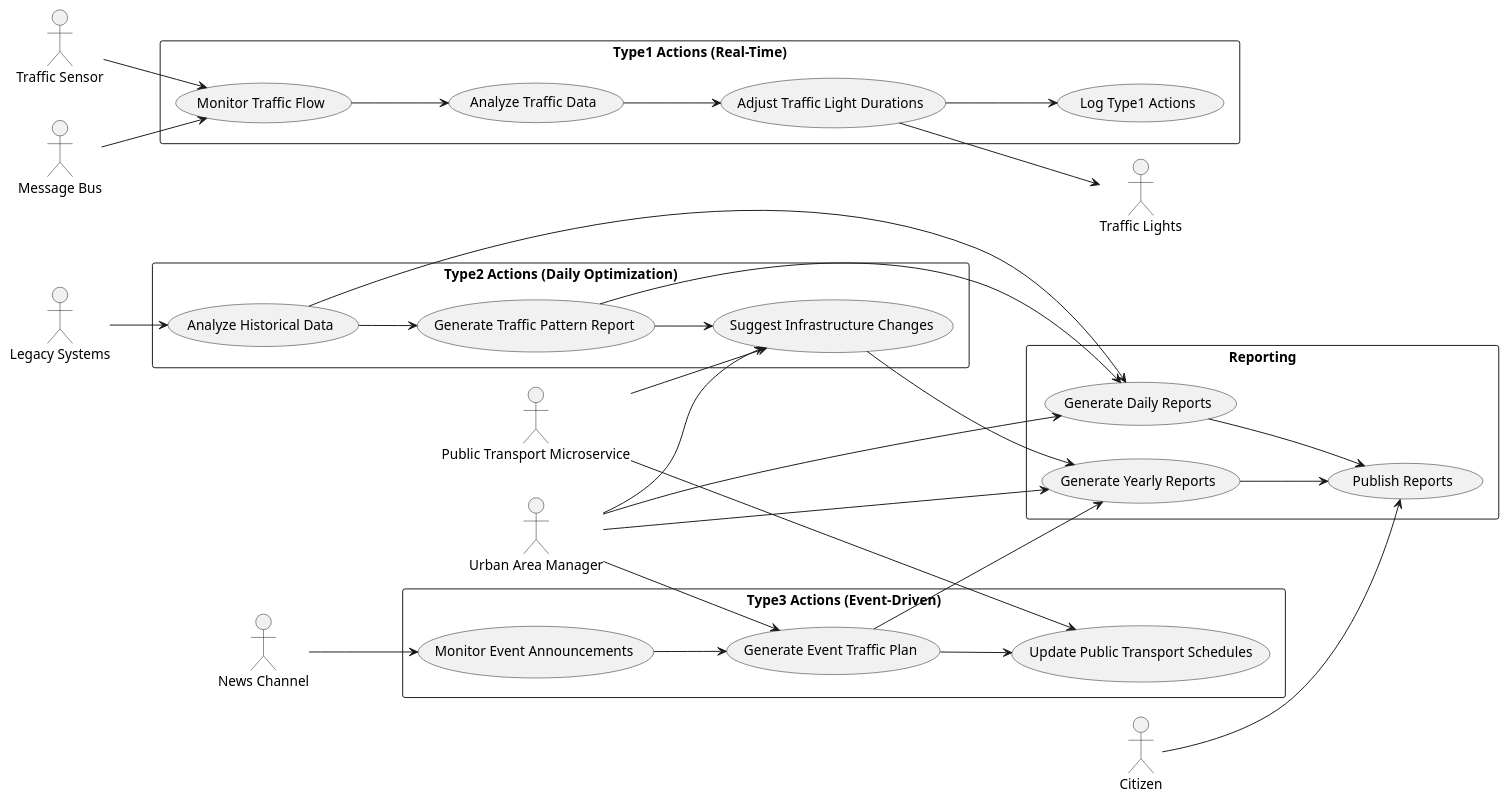
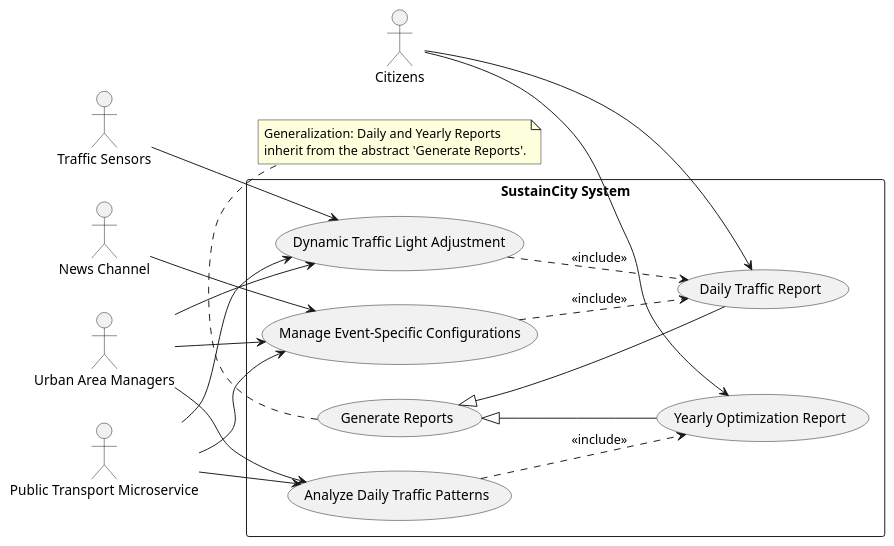
The diagram in test.wsd (Peng-Rao/SE4HPC_notes), drawn with PlantUML before and after one commit. The commit also changed 1 other file, not shown here.

Commit message:
Update software architecture

```diff
--- a/test.wsd
+++ b/test.wsd
@@ -1,70 +1,42 @@
 @startuml
 left to right direction
 
-' === Actors ===
-actor "Urban Area Manager" as UAM
-actor "Citizen" as Citizen
-actor "Traffic Sensor" as TS
-actor "Message Bus" as MB
+actor "Traffic Sensors" as TS
+actor "News Channel" as NC
+actor "Urban Area Managers" as UAM
 actor "Public Transport Microservice" as PTM
-actor "News Channel" as NC
-actor "Traffic Lights" as TL
-actor "Legacy Systems" as LS
+actor "Citizens" as C
 
-' === Use Cases by Action Type ===
-rectangle "Type1 Actions (Real-Time)" {
-  (Monitor Traffic Flow) as UC1
-  (Analyze Traffic Data) as UC2
-  (Adjust Traffic Light Durations) as UC3
-  (Log Type1 Actions) as UC4
+rectangle "SustainCity System" {
+  usecase "Dynamic Traffic Light Adjustment" as UC1
+  usecase "Analyze Daily Traffic Patterns" as UC2
+  usecase "Manage Event-Specific Configurations" as UC3
+
+  usecase "Generate Reports" as REPORT
+  usecase "Daily Traffic Report" as DAILY
+  usecase "Yearly Optimization Report" as YEARLY
+
+  TS --> UC1
+  NC --> UC3
+  UAM --> (UC1)
+  UAM --> (UC2)
+  UAM --> (UC3)
+  PTM --> UC1
+  PTM --> UC2
+  PTM --> UC3
+  C --> DAILY
+  C --> YEARLY
+
+  UC1 ..> DAILY : <<include>>
+  UC2 ..> YEARLY : <<include>>
+  UC3 ..> DAILY : <<include>>
+
+  REPORT <|-- DAILY
+  REPORT <|-- YEARLY
 }
 
-rectangle "Type2 Actions (Daily Optimization)" {
-  (Generate Traffic Pattern Report) as UC5
-  (Analyze Historical Data) as UC6
-  (Suggest Infrastructure Changes) as UC7
-}
-
-rectangle "Type3 Actions (Event-Driven)" {
-  (Monitor Event Announcements) as UC8
-  (Generate Event Traffic Plan) as UC9
-  (Update Public Transport Schedules) as UC10
-}
-
-rectangle "Reporting" {
-  (Generate Daily Reports) as UC11
-  (Generate Yearly Reports) as UC12
-  (Publish Reports) as UC13
-}
-
-' === Actor Connections ===
-TS --> UC1
-MB --> UC1
-UC1 --> UC2
-UC2 --> UC3
-UC3 --> TL
-UC3 --> UC4
-
-LS --> UC6
-UC6 --> UC5
-UC5 --> UC7
-PTM --> UC7
-UAM --> UC7
-
-NC --> UC8
-UC8 --> UC9
-UAM --> UC9
-UC9 --> UC10
-PTM --> UC10
-
-UC5 --> UC11
-UC6 --> UC11
-UC7 --> UC12
-UC9 --> UC12
-UC11 --> UC13
-UC12 --> UC13
-Citizen --> UC13
-UAM --> UC11
-UAM --> UC12
-
-@enduml
+note bottom of REPORT
+  Generalization: Daily and Yearly Reports
+  inherit from the abstract 'Generate Reports'.
+end note
+@enduml1
```
